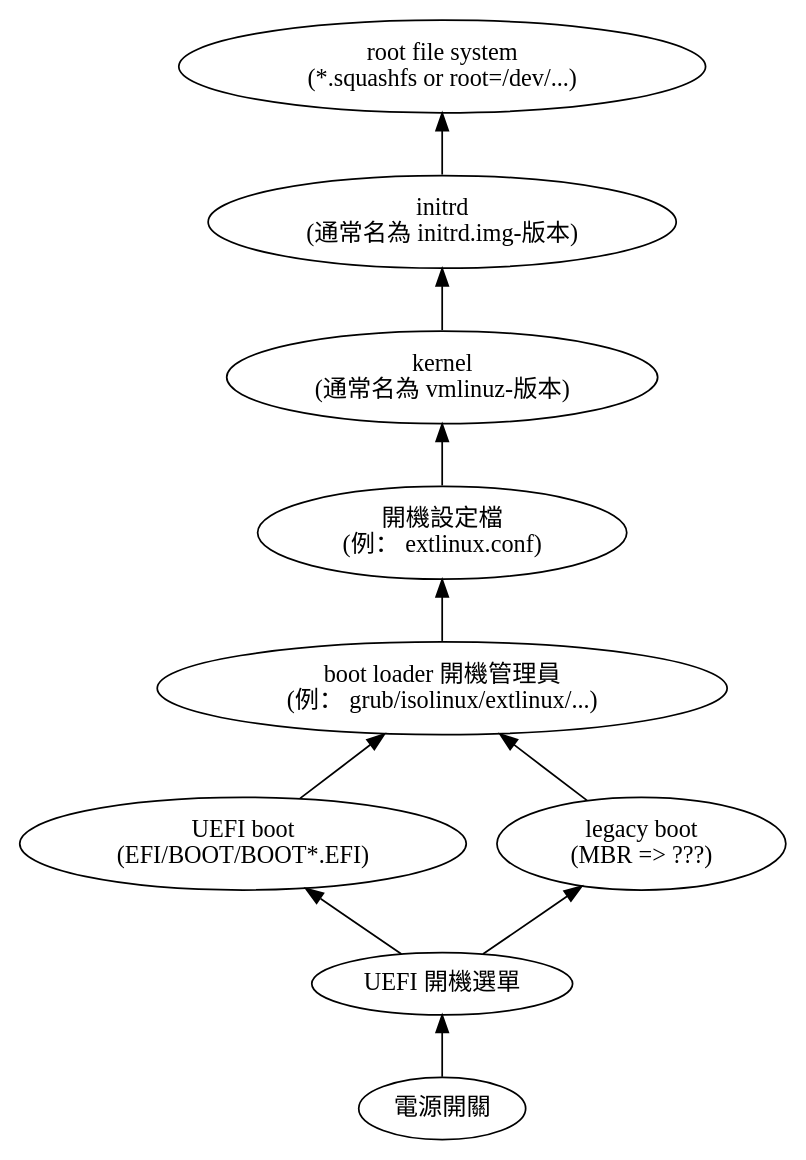
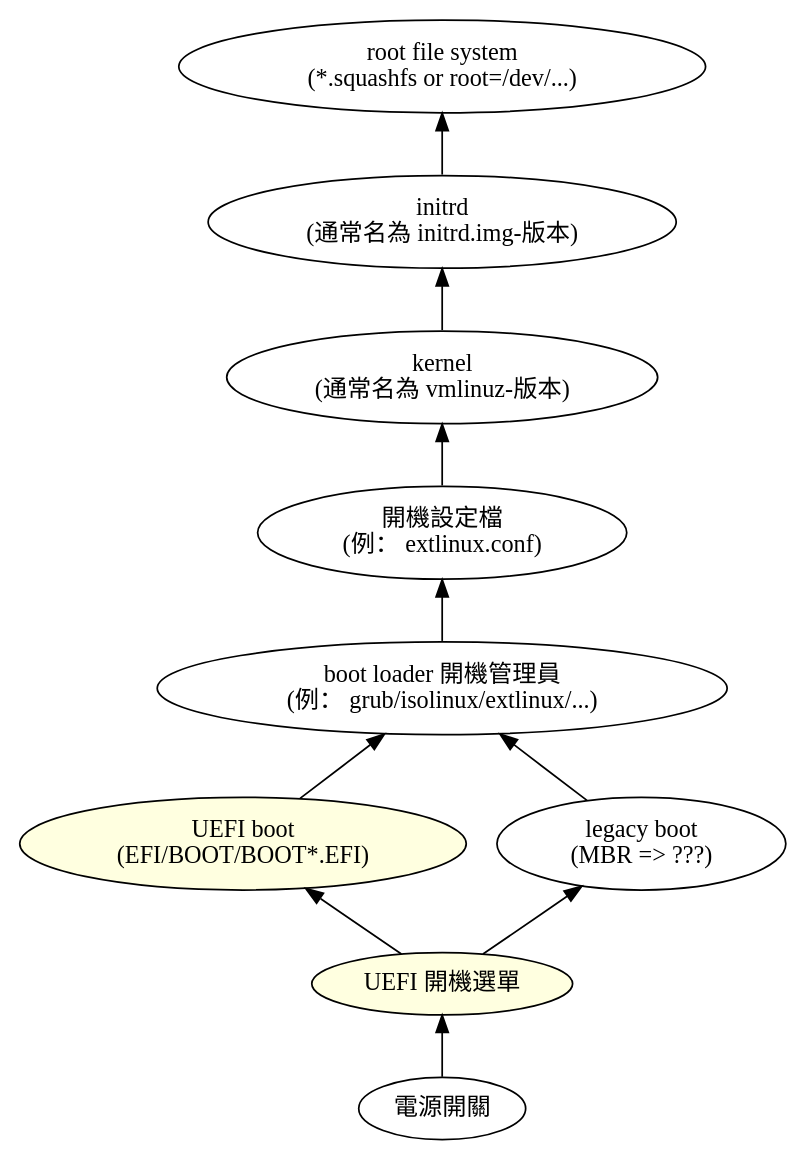
Before and after one commit to ckhung/ckhung.github.io: the diagram in a/m/21/linux-boot.dot, drawn with Graphviz. The commit also changed 1 other file, not shown here.

Commit message:
linux-boot.*

```diff
--- a/a/m/21/linux-boot.dot
+++ b/a/m/21/linux-boot.dot
@@ -1,18 +1,18 @@
 digraph "linux 開機流程" {
 
     rankdir = BT;
     overlap = scale;
 
     power [ label="電源開關" ];
-    UEFI_menu [ label="UEFI 開機選單" ];
-    uefi_boot [ label="UEFI boot\n(EFI/BOOT/BOOT*.EFI)" ];
+    UEFI_menu [ label="UEFI 開機選單"; style=filled; fillcolor="#ffffe0"; ];
+    uefi_boot [ label="UEFI boot\n(EFI/BOOT/BOOT*.EFI)"; style=filled; fillcolor="#ffffe0"; ];
     legacy_boot [ label="legacy boot\n(MBR => ???)" ];
     boot_loader [ label="boot loader 開機管理員\n(例： grub/isolinux/extlinux/...)" ];
     config [ label="開機設定檔\n(例： extlinux.conf)" ];
     kernel [ label="kernel\n(通常名為 vmlinuz-版本)" ];
     initrd [ label="initrd\n(通常名為 initrd.img-版本)" ];
     rootfs [ label="root file system\n(*.squashfs or root=/dev/...)" ];
 
     power -> UEFI_menu -> { uefi_boot legacy_boot }
 	  -> boot_loader -> config -> kernel -> initrd -> rootfs;
 }
```
